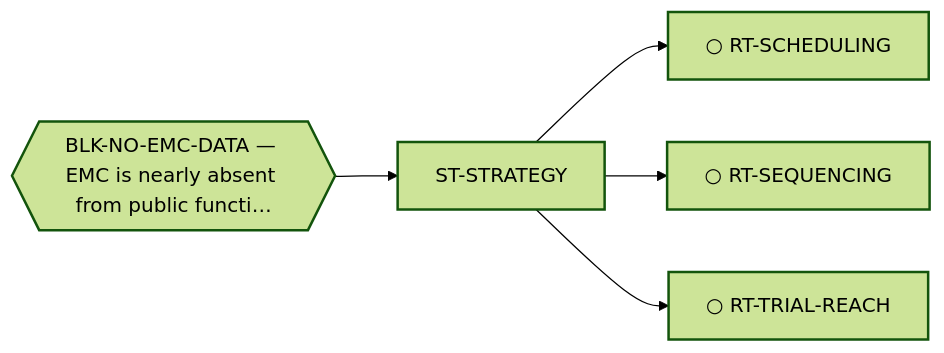
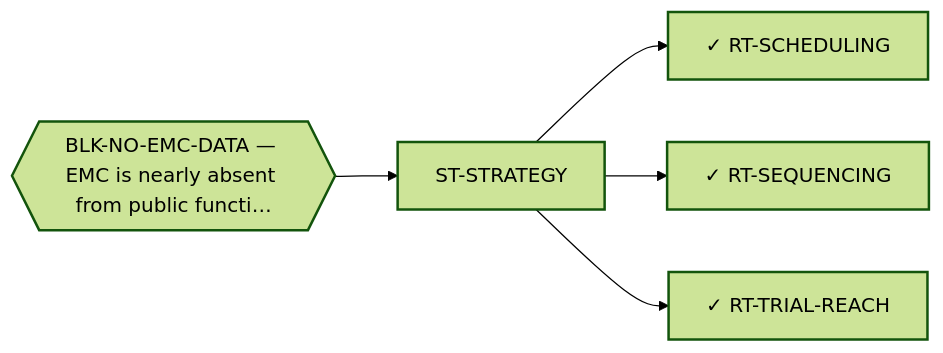
The diagram in systems/views/L1-st-strategy.md (trimcrae/Rare-cancers), drawn with Mermaid (forest theme) before and after one commit. The commit also changed other lines of this file and 12 other files, not shown here.

````diff
--- a/systems/views/L1-st-strategy.md
+++ b/systems/views/L1-st-strategy.md
@@ -36,17 +36,17 @@
 ```mermaid
 flowchart LR
   ST_STRATEGY["ST-STRATEGY"]:::fam
-  RT_SCHEDULING["○ RT-SCHEDULING"]:::fam
+  RT_SCHEDULING["✓ RT-SCHEDULING"]:::fam
   ST_STRATEGY --> RT_SCHEDULING
-  RT_SEQUENCING["○ RT-SEQUENCING"]:::fam
+  RT_SEQUENCING["✓ RT-SEQUENCING"]:::fam
   ST_STRATEGY --> RT_SEQUENCING
-  RT_TRIAL_REACH["○ RT-TRIAL-REACH"]:::fam
+  RT_TRIAL_REACH["✓ RT-TRIAL-REACH"]:::fam
   ST_STRATEGY --> RT_TRIAL_REACH
 
   BLK_NO_EMC_DATA{{"BLK-NO-EMC-DATA — EMC is nearly absent from public functi…"}}:::blk
   BLK_NO_EMC_DATA --> ST_STRATEGY
   classDef fam stroke-width:2px;
   classDef blk stroke-width:2px;
   classDef perm stroke-width:4px;
   classDef tech stroke-width:1px,stroke-dasharray:4 3;
 ```
````
